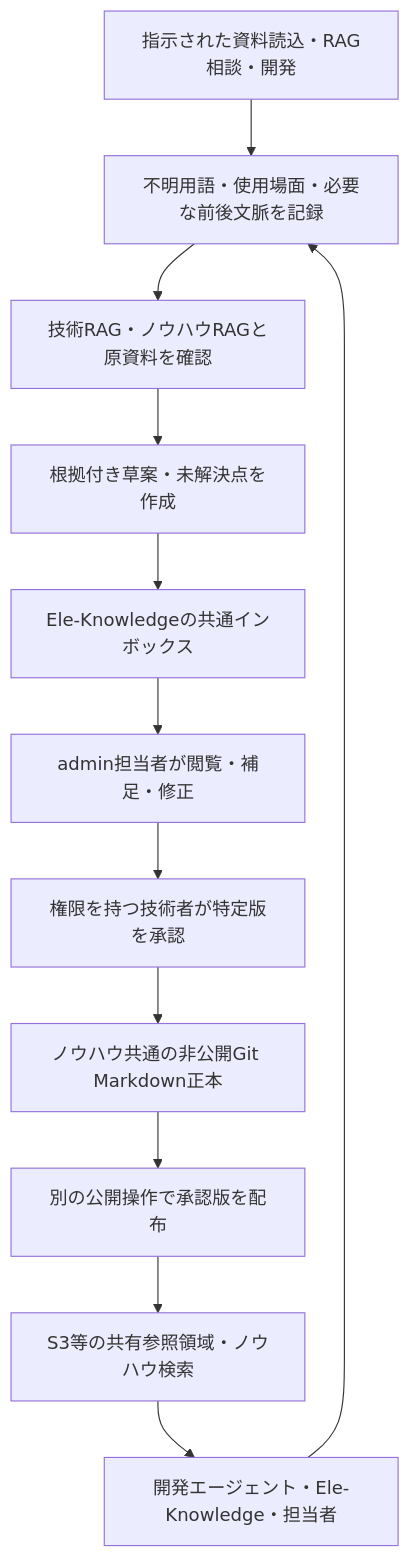
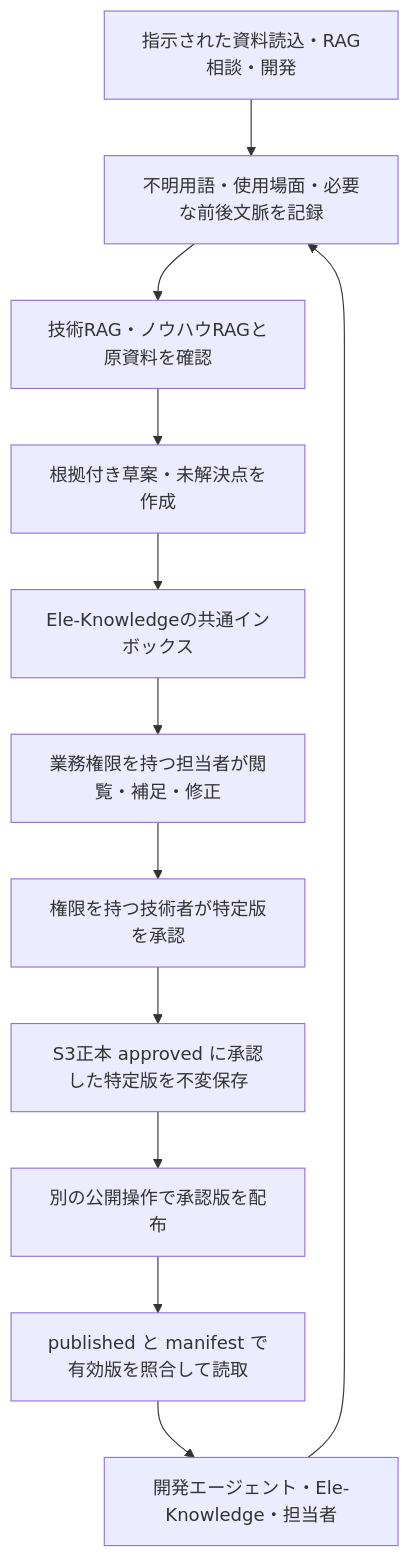
Before and after one commit to Mona71072/EleKnowledge-AI: the diagram in docs/concept-2026-10-21-product-domain-knowledge.md, drawn with Mermaid. The commit also changed other lines of this file and 2 other files, not shown here.

````diff
--- a/docs/concept-2026-10-21-product-domain-knowledge.md
+++ b/docs/concept-2026-10-21-product-domain-knowledge.md
@@ -38,14 +38,14 @@
 ```mermaid
 flowchart TD
     A[指示された資料読込・RAG相談・開発] --> B[不明用語・使用場面・必要な前後文脈を記録]
     B --> C[技術RAG・ノウハウRAGと原資料を確認]
     C --> D[根拠付き草案・未解決点を作成]
     D --> E[Ele-Knowledgeの共通インボックス]
-    E --> F[admin担当者が閲覧・補足・修正]
+    E --> F[業務権限を持つ担当者が閲覧・補足・修正]
     F --> G[権限を持つ技術者が特定版を承認]
-    G --> H[ノウハウ共通の非公開Git Markdown正本]
+    G --> H[S3正本 approved に承認した特定版を不変保存]
     H --> I[別の公開操作で承認版を配布]
-    I --> J[S3等の共有参照領域・ノウハウ検索]
+    I --> J[published と manifest で有効版を照合して読取]
     J --> K[開発エージェント・Ele-Knowledge・担当者]
     K --> B
 ```
````
